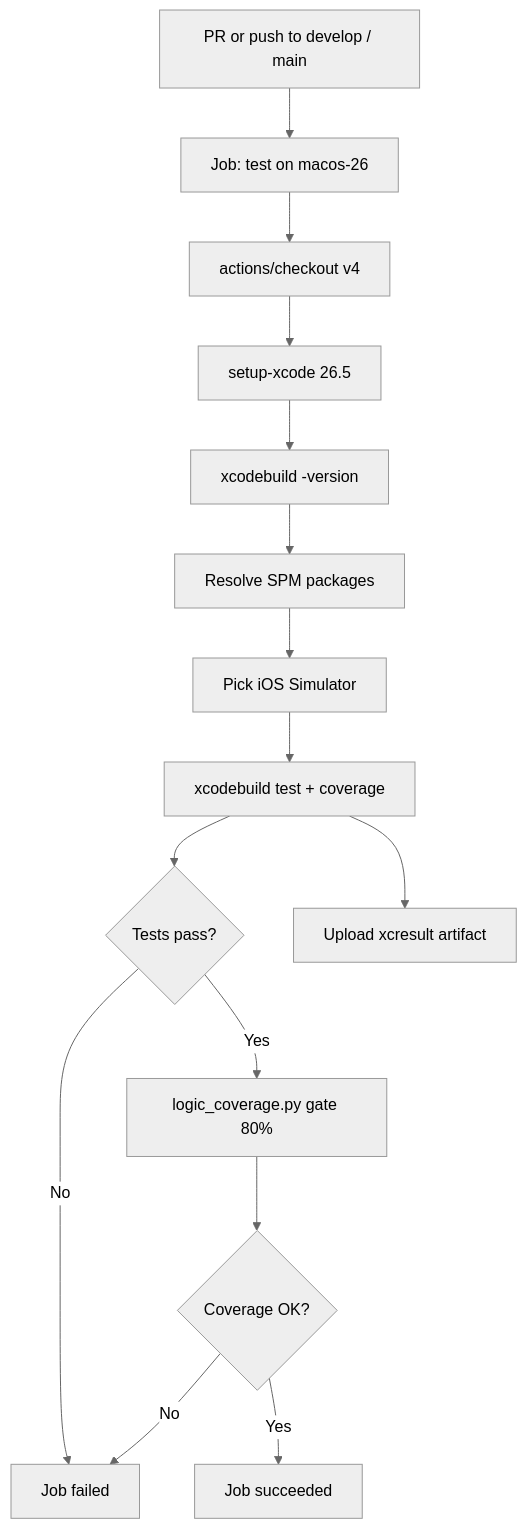
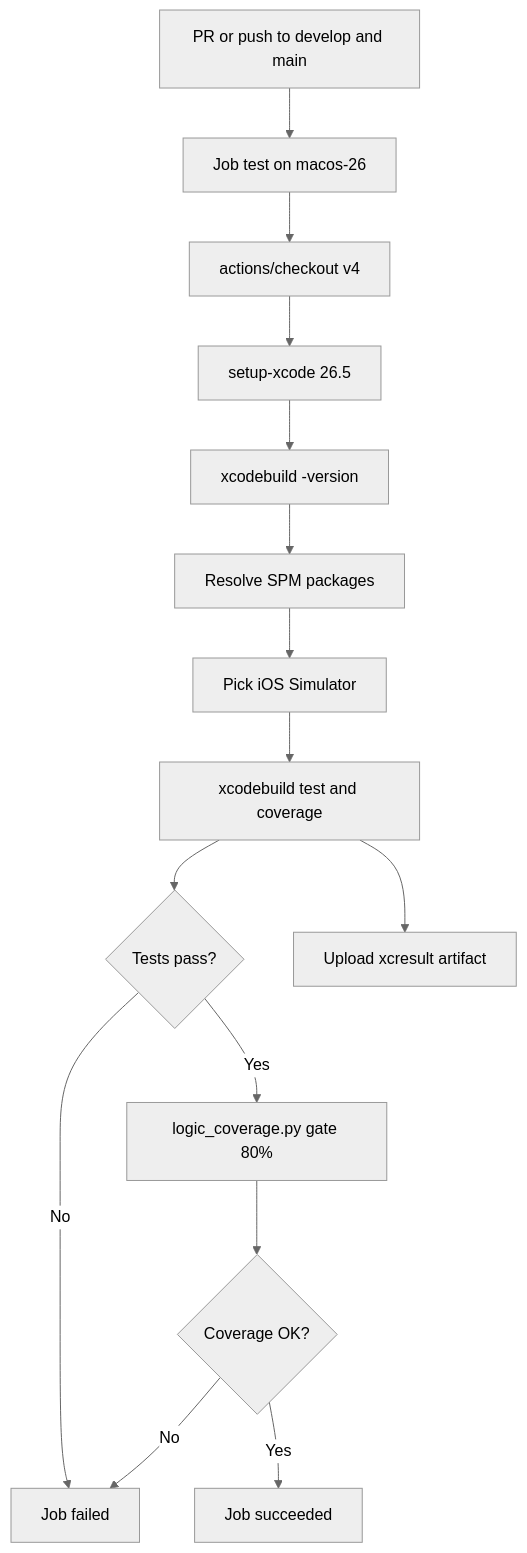
The diagram in docs/interview-guide/08-ci-cd.md (nguyenquanghuy22041990/FocusUp), drawn with Mermaid (neutral theme) before and after one commit. The commit also changed 30 other files, not shown here.

````diff
--- a/docs/interview-guide/08-ci-cd.md
+++ b/docs/interview-guide/08-ci-cd.md
@@ -47,17 +47,17 @@
 ```mermaid
 flowchart TD
-    A["PR or push to develop / main"] --> B["Job: test on macos-26"]
+    A["PR or push to develop and main"] --> B["Job test on macos-26"]
     B --> C["actions/checkout v4"]
     C --> D["setup-xcode 26.5"]
     D --> E["xcodebuild -version"]
     E --> F["Resolve SPM packages"]
     F --> G["Pick iOS Simulator"]
-    G --> H["xcodebuild test + coverage"]
+    G --> H["xcodebuild test and coverage"]
     H --> I{Tests pass?}
     I -->|No| Fail["Job failed"]
     I -->|Yes| J["logic_coverage.py gate 80%"]
     J --> K{Coverage OK?}
     K -->|Yes| Pass["Job succeeded"]
     K -->|No| Fail
     H --> L["Upload xcresult artifact"]
 ```
````
